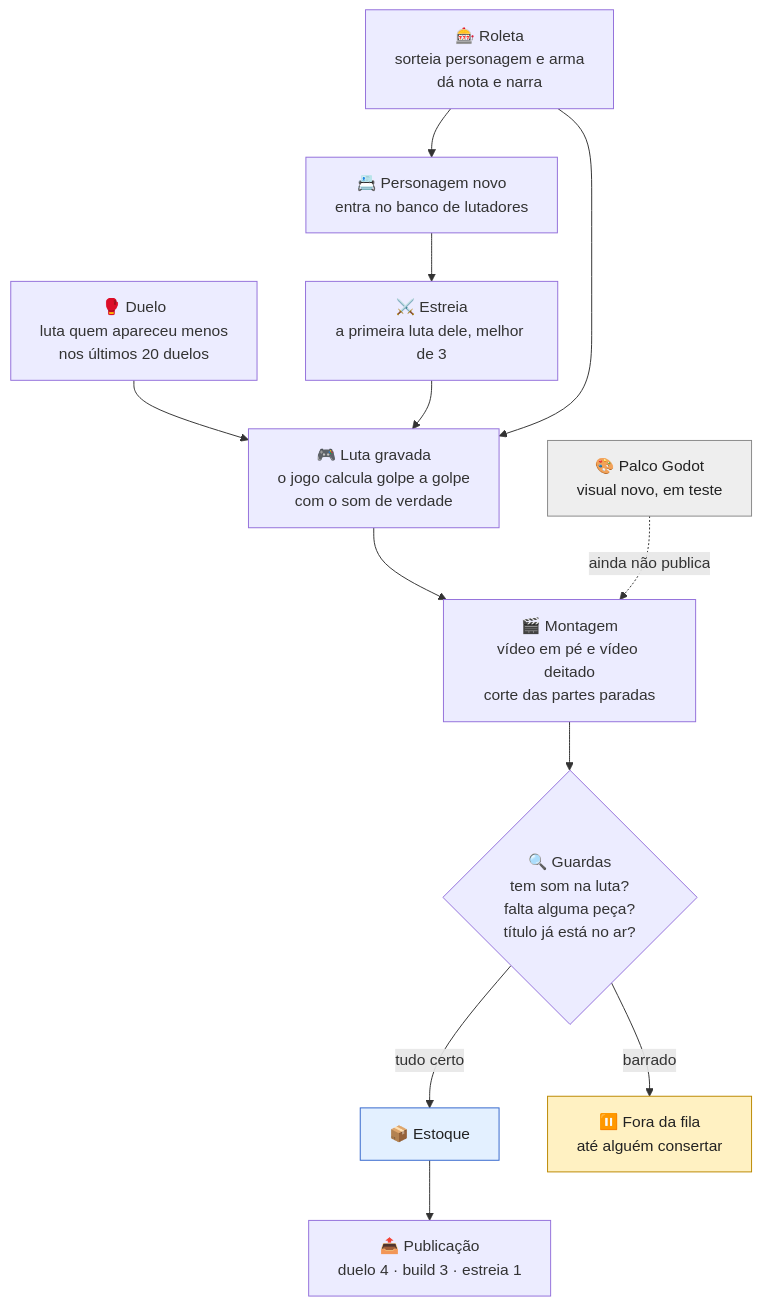
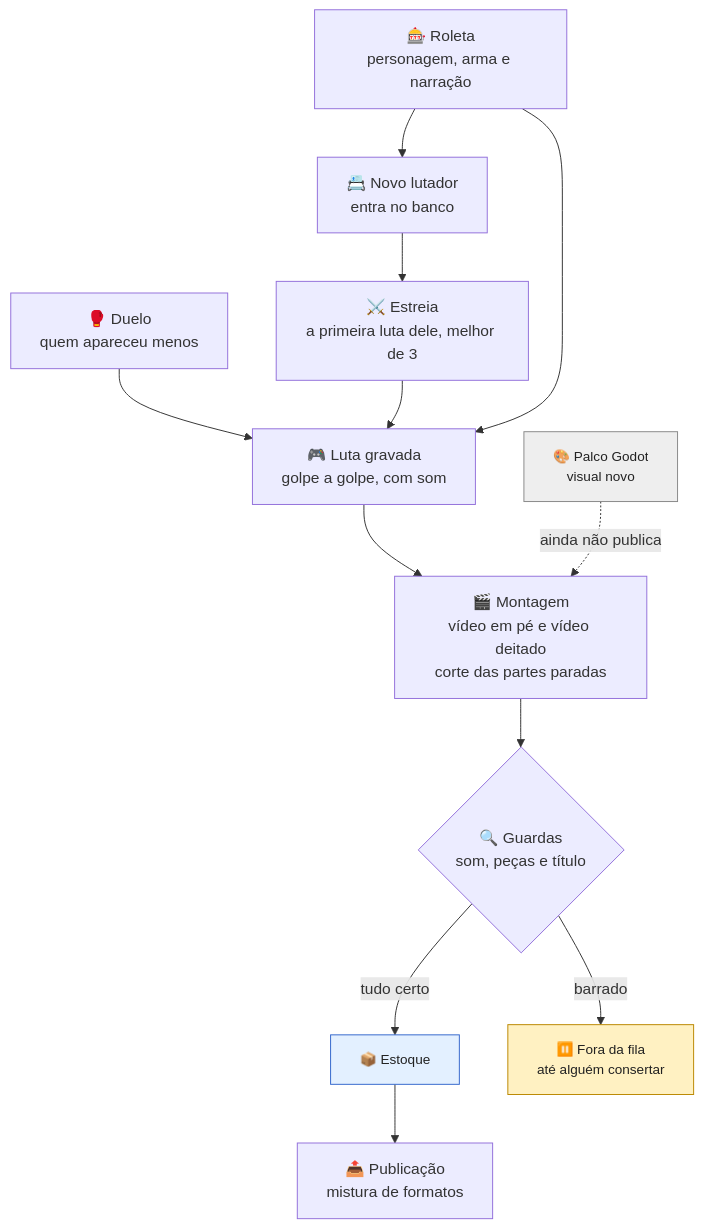
The diagram in docs/obsidian/cofre/03 🗺️ Entender o projeto/Como funciona/Fluxo dos builds.md (zaptod/projetos), drawn with Mermaid before and after one commit. The commit also changed other lines of this file and 10 other files, not shown here.

````diff
--- a/docs/obsidian/cofre/03 🗺️ Entender o projeto/Como funciona/Fluxo dos builds.md
+++ b/docs/obsidian/cofre/03 🗺️ Entender o projeto/Como funciona/Fluxo dos builds.md
@@ -7,18 +7,18 @@
 ```mermaid
 flowchart TD
-    R["🎰 Roleta<br/>sorteia personagem e arma<br/>dá nota e narra"] --> P["📇 Personagem novo<br/>entra no banco de lutadores"]
+    R["🎰 Roleta<br/>personagem, arma e narração"] --> P["📇 Novo lutador<br/>entra no banco"]
     P --> ES["⚔️ Estreia<br/>a primeira luta dele, melhor de 3"]
-    D["🥊 Duelo<br/>luta quem apareceu menos<br/>nos últimos 20 duelos"] --> L
-    ES --> L["🎮 Luta gravada<br/>o jogo calcula golpe a golpe<br/>com o som de verdade"]
+    D["🥊 Duelo<br/>quem apareceu menos"] --> L
+    ES --> L["🎮 Luta gravada<br/>golpe a golpe, com som"]
     R --> L
     L --> M["🎬 Montagem<br/>vídeo em pé e vídeo deitado<br/>corte das partes paradas"]
-    M --> V{"🔍 Guardas<br/>tem som na luta?<br/>falta alguma peça?<br/>título já está no ar?"}
+    M --> V{"🔍 Guardas<br/>som, peças e título"}
     V -- tudo certo --> S["📦 Estoque"]
     V -- barrado --> X["⏸️ Fora da fila<br/>até alguém consertar"]
-    S --> H["📤 Publicação<br/>duelo 4 · build 3 · estreia 1"]
-    G["🎨 Palco Godot<br/>visual novo, em teste"] -. ainda não publica .-> M
+    S --> H["📤 Publicação<br/>mistura de formatos"]
+    G["🎨 Palco Godot<br/>visual novo"] -. ainda não publica .-> M
 
-    style S fill:#e3f0ff,stroke:#36c,color:#222
-    style X fill:#fff1c2,stroke:#b80,color:#222
-    style G fill:#eeeeee,stroke:#888,color:#222
+    style S fill:#e3f0ff,stroke:#36c,color:#222,font-size:14px
+    style X fill:#fff1c2,stroke:#b80,color:#222,font-size:14px
+    style G fill:#eeeeee,stroke:#888,color:#222,font-size:14px
 ```
````
